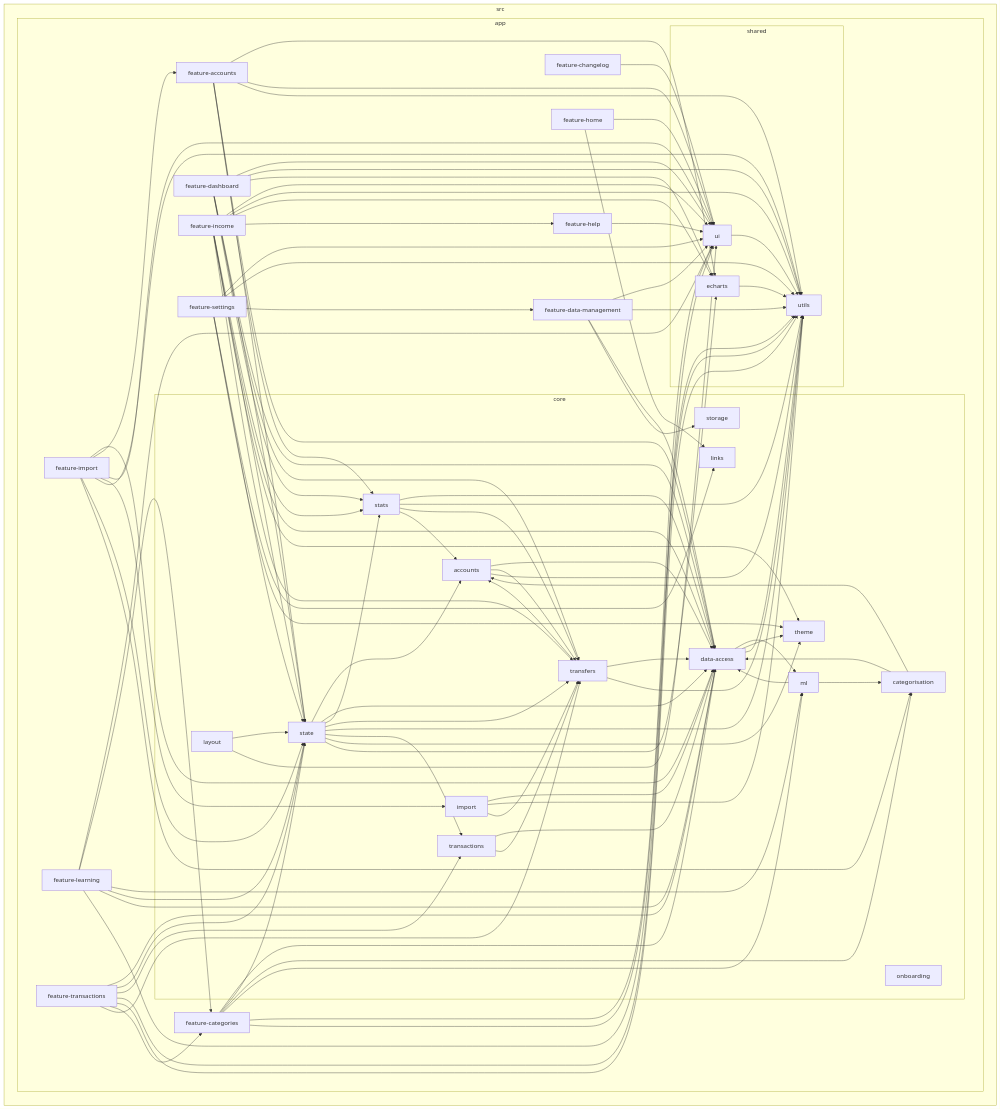
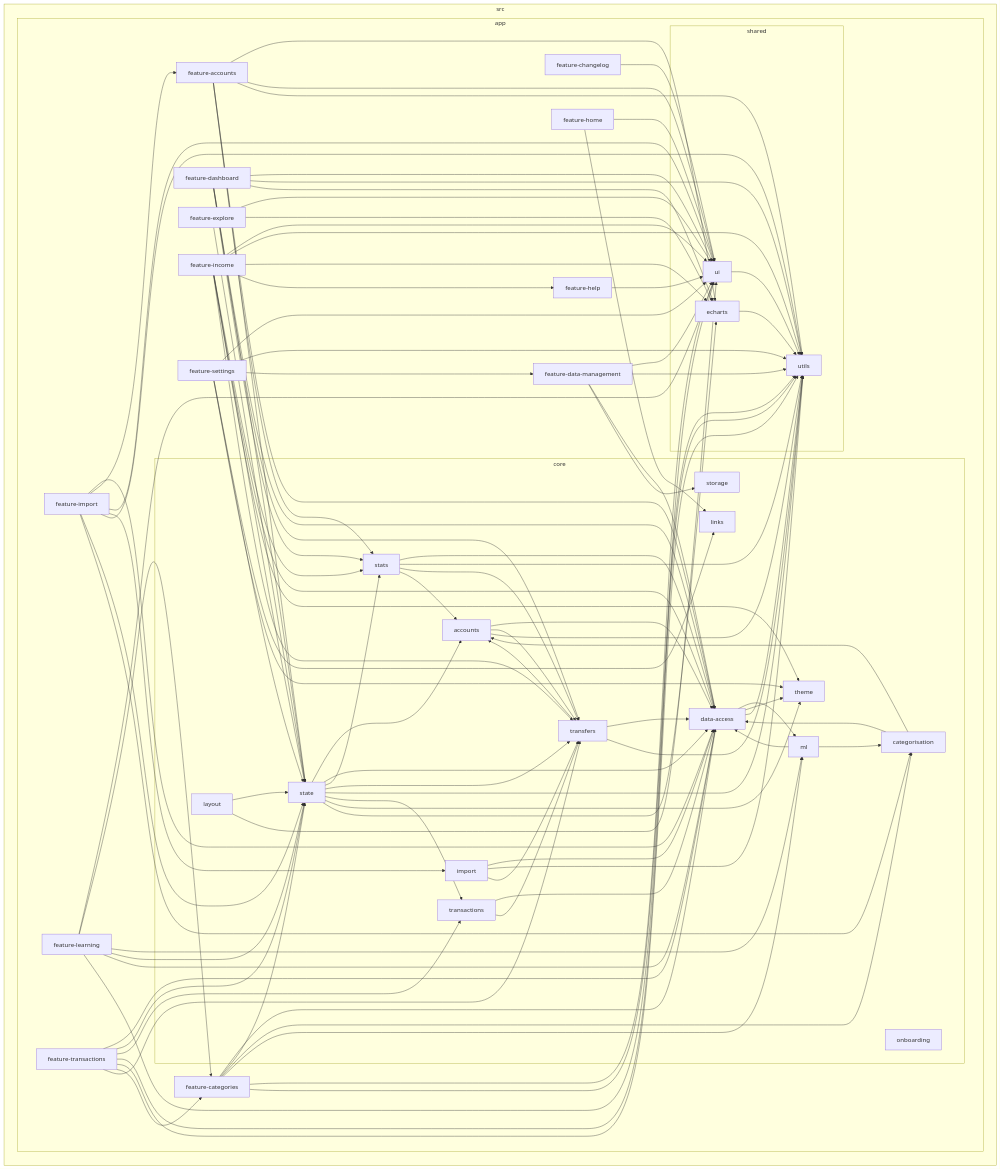
Before and after one commit to kevhauma/money-mosaic-v2: the diagram in reports/dependency-graph.mmd, drawn with Mermaid. The commit also changed 45 other files, not shown here.

Commit message:
feat: heatmap chart

```diff
--- a/reports/dependency-graph.mmd
+++ b/reports/dependency-graph.mmd
@@ -1,135 +1,139 @@
 flowchart LR
 
 subgraph 0["src"]
 subgraph 1["app"]
 subgraph 2["core"]
 3["accounts"]
 4["categorisation"]
 5["data-access"]
 6["import"]
 7["layout"]
 8["links"]
 9["ml"]
 A["onboarding"]
 B["state"]
 C["stats"]
 D["storage"]
 E["theme"]
 F["transactions"]
 G["transfers"]
 end
 H["feature-accounts"]
 I["feature-categories"]
 J["feature-changelog"]
 K["feature-dashboard"]
 L["feature-data-management"]
-M["feature-help"]
-N["feature-home"]
-O["feature-import"]
-P["feature-income"]
-Q["feature-learning"]
-R["feature-settings"]
-S["feature-transactions"]
-subgraph T["shared"]
-U["echarts"]
-V["ui"]
-W["utils"]
+M["feature-explore"]
+N["feature-help"]
+O["feature-home"]
+P["feature-import"]
+Q["feature-income"]
+R["feature-learning"]
+S["feature-settings"]
+T["feature-transactions"]
+subgraph U["shared"]
+V["echarts"]
+W["ui"]
+X["utils"]
 end
 end
 end
 3-->5
 3-->G
-3-->W
+3-->X
 4-->5
 4-->3
 5-->9
 5-->E
-5-->W
+5-->X
 6-->5
-6-->W
+6-->X
 6-->G
 7-->B
-7-->V
+7-->W
 9-->4
 9-->5
 B-->3
 B-->5
 B-->C
 B-->G
-B-->W
+B-->X
 B-->F
 B-->E
-B-->U
+B-->V
 C-->5
-C-->W
+C-->X
 C-->G
 C-->3
 F-->5
 F-->G
 G-->5
 G-->3
-G-->W
+G-->X
 H-->5
-H-->U
+H-->V
 H-->B
-H-->V
 H-->W
+H-->X
 H-->C
 I-->5
 I-->B
-I-->V
 I-->W
+I-->X
 I-->4
 I-->9
-J-->V
+J-->W
 K-->5
 K-->B
-K-->V
 K-->W
+K-->X
 K-->G
 K-->C
-K-->U
+K-->V
 L-->5
 L-->D
-L-->V
 L-->W
+L-->X
+M-->B
+M-->W
 M-->V
-N-->8
-N-->V
-O-->5
-O-->H
-O-->V
-O-->6
+N-->W
+O-->8
 O-->W
-O-->B
-O-->4
-P-->C
-P-->V
+P-->5
+P-->H
 P-->W
-P-->5
+P-->6
+P-->X
 P-->B
-P-->E
-P-->G
-P-->U
-P-->M
+P-->4
+Q-->C
+Q-->W
+Q-->X
+Q-->5
+Q-->B
+Q-->E
+Q-->G
 Q-->V
-Q-->I
-Q-->9
-Q-->B
-Q-->5
-Q-->W
-R-->V
-R-->8
+Q-->N
+R-->W
+R-->I
+R-->9
 R-->B
-R-->W
-R-->L
-R-->E
-S-->5
+R-->5
+R-->X
+S-->W
+S-->8
 S-->B
-S-->F
-S-->V
-S-->W
-S-->I
-S-->G
-U-->W
-V-->W
+S-->X
+S-->L
+S-->E
+T-->5
+T-->B
+T-->F
+T-->W
+T-->X
+T-->I
+T-->G
+V-->X
+W-->X
```
